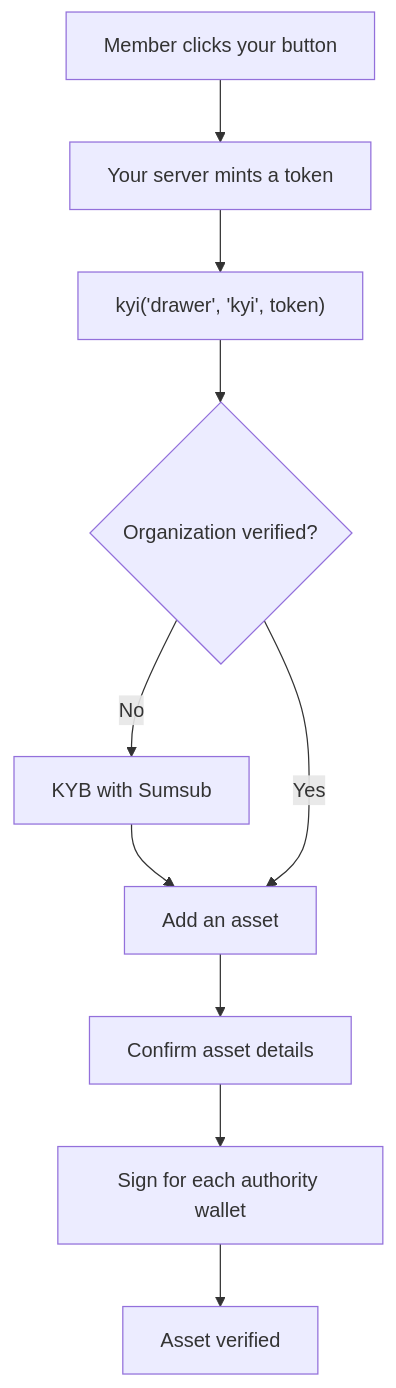
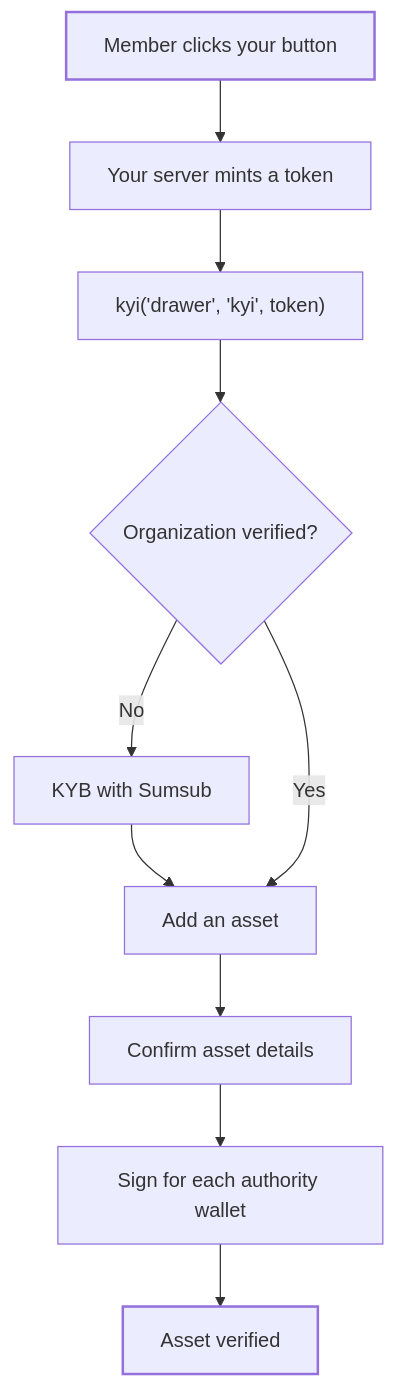
Before and after one commit to blupryntco/docs: the diagram in sdk/flow.mdx, drawn with Mermaid. The commit also changed 54 other files, not shown here.

Commit message:
Diagrams in site palette with dark mode; Developers overview for SDK + both APIs

````diff
--- a/sdk/flow.mdx
+++ b/sdk/flow.mdx
@@ -10,12 +10,16 @@
 ```mermaid
 flowchart TD
   A[Member clicks your button] --> B[Your server mints a token]
   B --> C["kyi('drawer', 'kyi', token)"]
   C --> D{Organization verified?}
   D -- No --> E[KYB with Sumsub]
   E --> F[Add an asset]
   D -- Yes --> F
   F --> G[Confirm asset details]
   G --> H[Sign for each authority wallet]
   H --> I[Asset verified]
+classDef start stroke-width:2px
+classDef done stroke-width:2px
+class A start
+class I done
 ```
````
